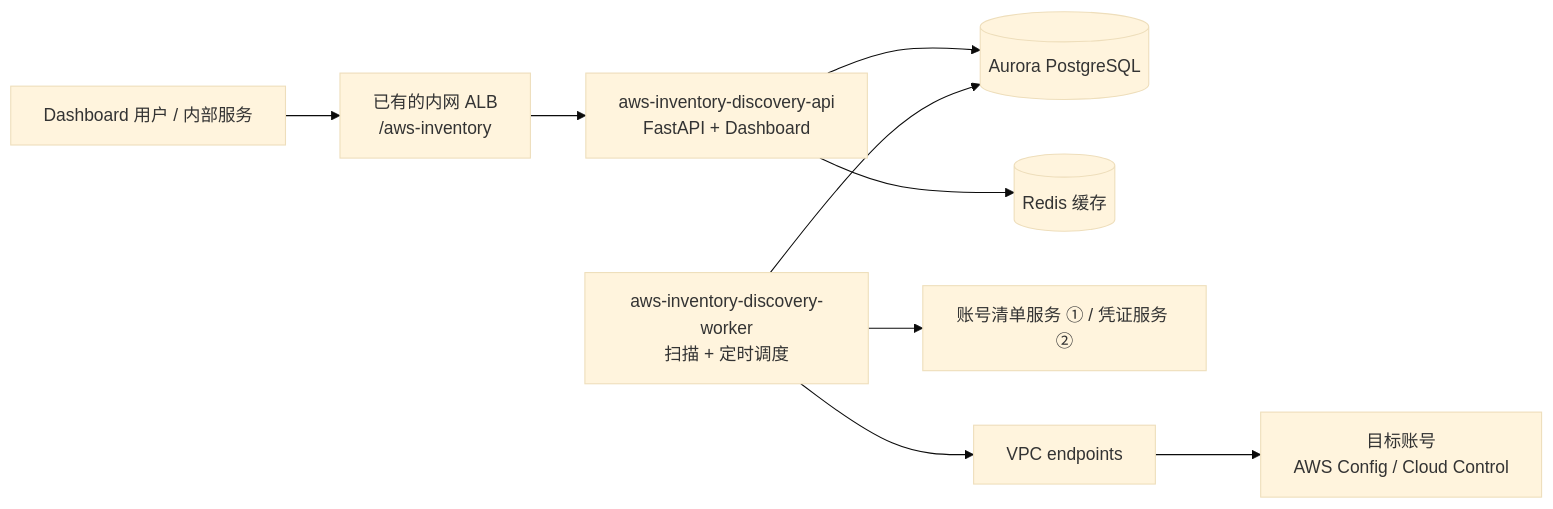
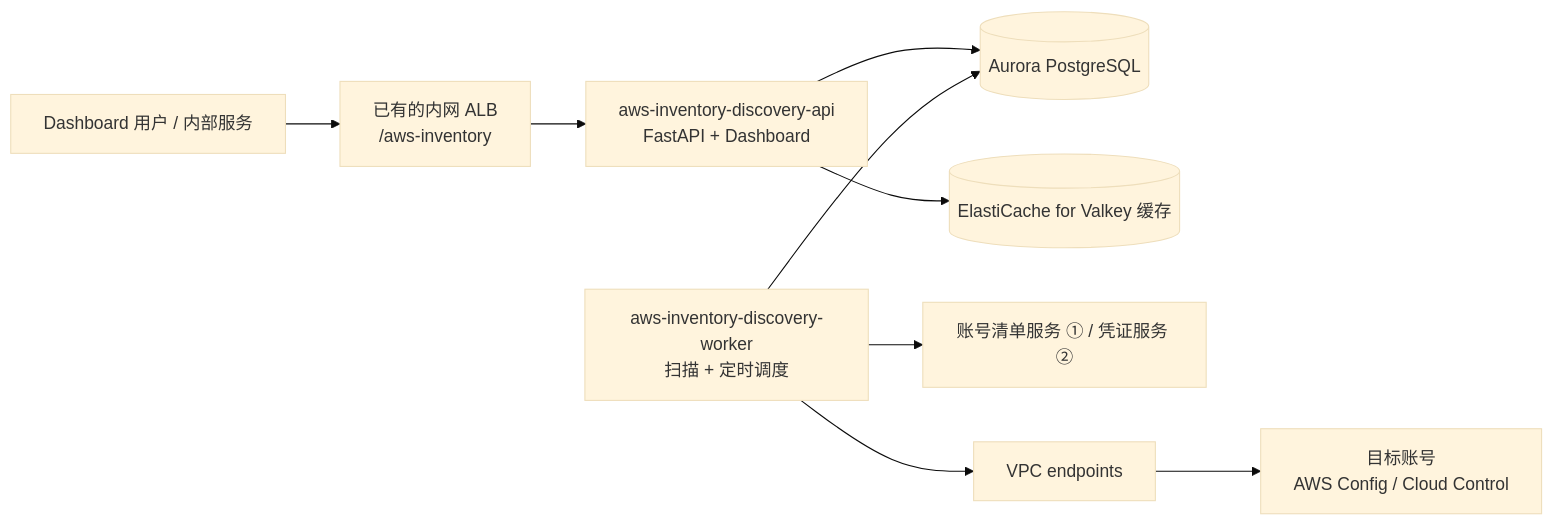
The diagram in README.md (ByteChill/aws-inventory-discovery), drawn with Mermaid (base theme) before and after one commit. The commit also changed other lines of this file and 12 other files, not shown here.

First line of the commit message:
feat(cache): dedicated ElastiCache for Valkey and faster cache use

````diff
--- a/README.md
+++ b/README.md
@@ -18,10 +18,10 @@
 ```mermaid
 flowchart LR
   U[Dashboard 用户 / 内部服务] --> ALB[已有的内网 ALB<br/>/aws-inventory]
   ALB --> API[aws-inventory-discovery-api<br/>FastAPI + Dashboard]
   API --> PG[(Aurora PostgreSQL)]
-  API --> R[(Redis 缓存)]
+  API --> R[(ElastiCache for Valkey 缓存)]
   W[aws-inventory-discovery-worker<br/>扫描 + 定时调度] --> PG
   W --> SVC[账号清单服务 ① / 凭证服务 ②]
   W --> EP[VPC endpoints] --> T[目标账号<br/>AWS Config / Cloud Control]
 ```
````
